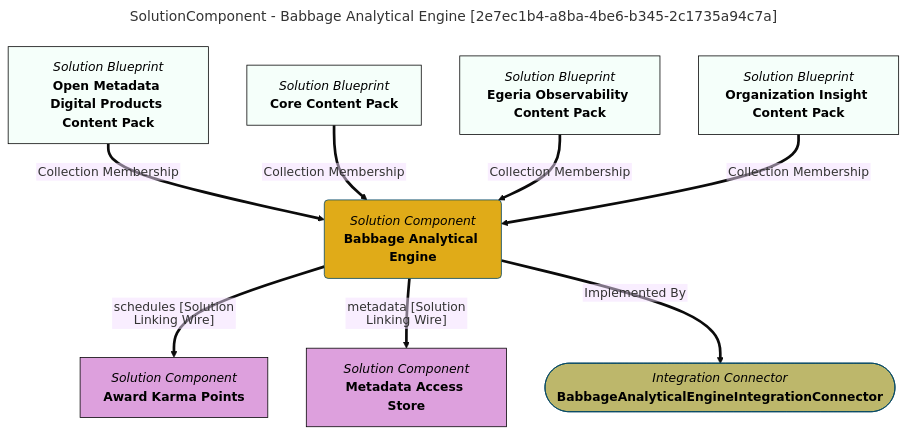
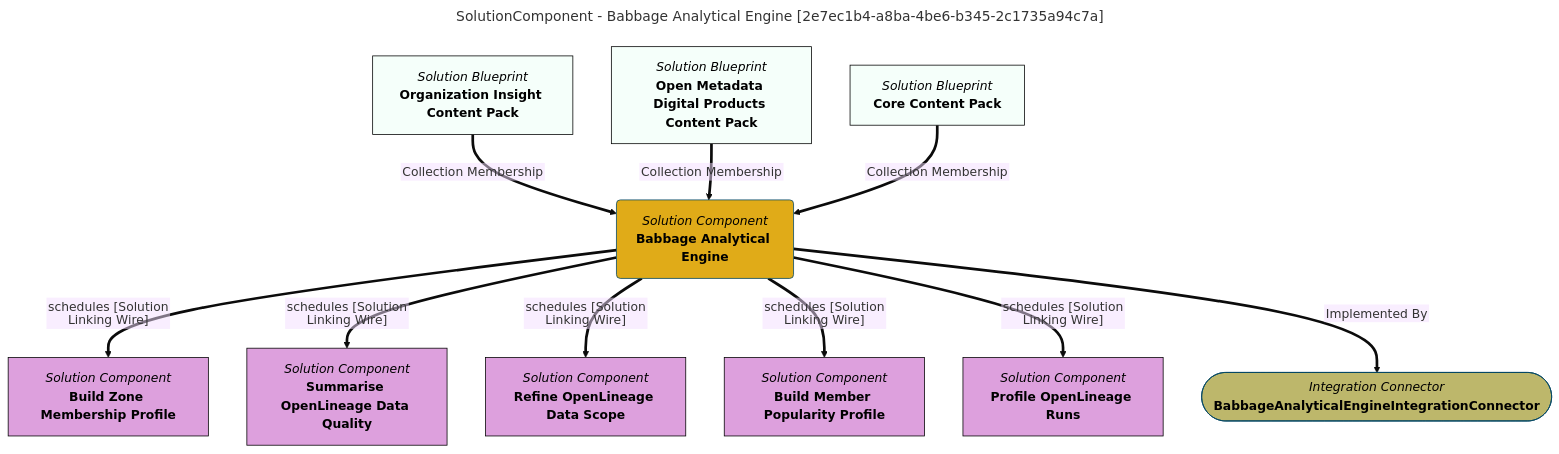
Before and after one commit to odpi/egeria-docs: the diagram in site/snippets/blueprints/components/babbageanalyticalengine-mermaid-graph.md, drawn with Mermaid (base theme). The commit also changed other lines of this file and 17 other files, not shown here.

````diff
--- a/site/snippets/blueprints/components/babbageanalyticalengine-mermaid-graph.md
+++ b/site/snippets/blueprints/components/babbageanalyticalengine-mermaid-graph.md
@@ -1,42 +1,53 @@
 ```mermaid
 ---
 title: SolutionComponent - Babbage Analytical Engine [2e7ec1b4-a8ba-4be6-b345-2c1735a94c7a]
 ---
 flowchart TD
 %%{init: {"flowchart": {"htmlLabels": false}} }%%
 
 1@{ shape: rounded, label: "*Solution Component*
 **Babbage Analytical Engine**"}
 2@{ shape: rect, label: "*Solution Blueprint*
-**Open Metadata Digital Products Content Pack**"}
+**Organization Insight Content Pack**"}
 2==>|"Collection Membership"|1
 3@{ shape: rect, label: "*Solution Blueprint*
-**Core Content Pack**"}
+**Open Metadata Digital Products Content Pack**"}
 3==>|"Collection Membership"|1
 4@{ shape: rect, label: "*Solution Blueprint*
-**Egeria Observability Content Pack**"}
+**Core Content Pack**"}
 4==>|"Collection Membership"|1
-5@{ shape: rect, label: "*Solution Blueprint*
-**Organization Insight Content Pack**"}
-5==>|"Collection Membership"|1
+5@{ shape: rect, label: "*Solution Component*
+**Build Zone Membership Profile**"}
+1==>|"schedules [Solution Linking Wire]"|5
 6@{ shape: rect, label: "*Solution Component*
-**Award Karma Points**"}
+**Summarise OpenLineage Data Quality**"}
 1==>|"schedules [Solution Linking Wire]"|6
 7@{ shape: rect, label: "*Solution Component*
-**Metadata Access Store**"}
-1==>|"metadata [Solution Linking Wire]"|7
-8@{ shape: stadium, label: "*Integration Connector*
+**Refine OpenLineage Data Scope**"}
+1==>|"schedules [Solution Linking Wire]"|7
+8@{ shape: rect, label: "*Solution Component*
+**Build Member Popularity Profile**"}
+1==>|"schedules [Solution Linking Wire]"|8
+9@{ shape: rect, label: "*Solution Component*
+**Profile OpenLineage Runs**"}
+1==>|"schedules [Solution Linking Wire]"|9
+10@{ shape: stadium, label: "*Integration Connector*
 **BabbageAnalyticalEngineIntegrationConnector**"}
-1==>|"Implemented By"|8
+1==>|"Implemented By"|10
 style 1 color:#000000, fill:#e0ab18, stroke:#004563
 style 2 color:#000000, fill:#f5fffa, stroke:#000000
 style 3 color:#000000, fill:#f5fffa, stroke:#000000
 style 4 color:#000000, fill:#f5fffa, stroke:#000000
-style 5 color:#000000, fill:#f5fffa, stroke:#000000
+style 5 color:#000000, fill:#DDA0DD, stroke:#000000
 style 6 color:#000000, fill:#DDA0DD, stroke:#000000
 style 7 color:#000000, fill:#DDA0DD, stroke:#000000
-style 8 color:#000000, fill:#BDB76B, stroke:#004563
+style 8 color:#000000, fill:#DDA0DD, stroke:#000000
+style 9 color:#000000, fill:#DDA0DD, stroke:#000000
+style 10 color:#000000, fill:#BDB76B, stroke:#004563
 click 1 "https://egeria-project.org/concepts/integration-connector/" "Click for more documentation" _blank
+click 5 "https://egeria-project.org/concepts/governance-action-type/" "Click for more documentation" _blank
 click 6 "https://egeria-project.org/concepts/governance-action-type/" "Click for more documentation" _blank
-click 7 "https://egeria-project.org/concepts/metadata-access-store/" "Click for more documentation" _blank
+click 7 "https://egeria-project.org/concepts/governance-action-type/" "Click for more documentation" _blank
+click 8 "https://egeria-project.org/concepts/governance-action-type/" "Click for more documentation" _blank
+click 9 "https://egeria-project.org/concepts/governance-action-type/" "Click for more documentation" _blank
 ```
````
